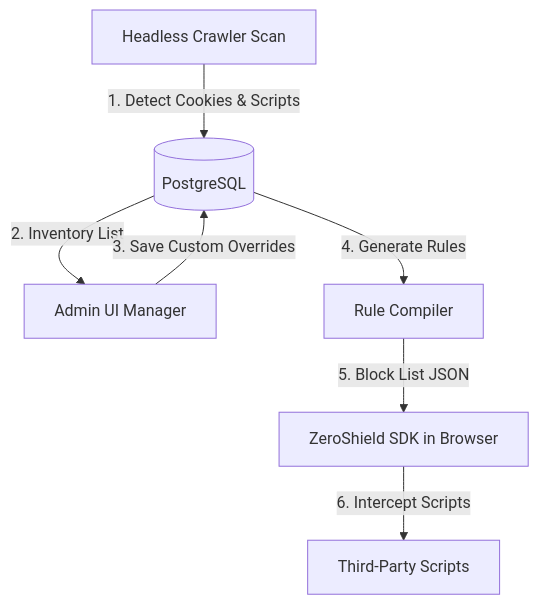
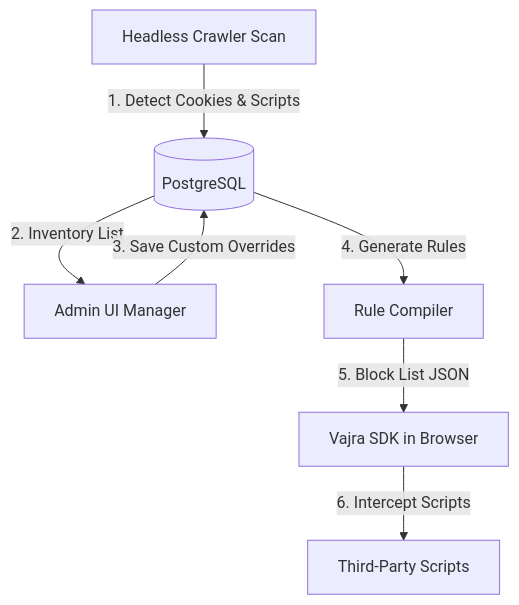
One commit to shreyv7/hack changed the first of 4 diagrams in backend/platform_docs/Consent Management/cookie_tracker_manager.md. Above: the diagram before and after it, drawn with Mermaid. The commit also changed other lines of this file and 345 other files, not shown here.

````diff
--- a/backend/platform_docs/Consent Management/cookie_tracker_manager.md
+++ b/backend/platform_docs/Consent Management/cookie_tracker_manager.md
@@ -23,9 +23,9 @@
 ```mermaid
 graph TD
     Crawler[Headless Crawler Scan] -->|1. Detect Cookies & Scripts| DB[(PostgreSQL)]
     DB -->|2. Inventory List| UI[Admin UI Manager]
     UI -->|3. Save Custom Overrides| DB
     DB -->|4. Generate Rules| Rules[Rule Compiler]
-    Rules -->|5. Block List JSON| SDK[ZeroShield SDK in Browser]
+    Rules -->|5. Block List JSON| SDK[Vajra SDK in Browser]
     SDK -->|6. Intercept Scripts| Scripts[Third-Party Scripts]
 ```
````
